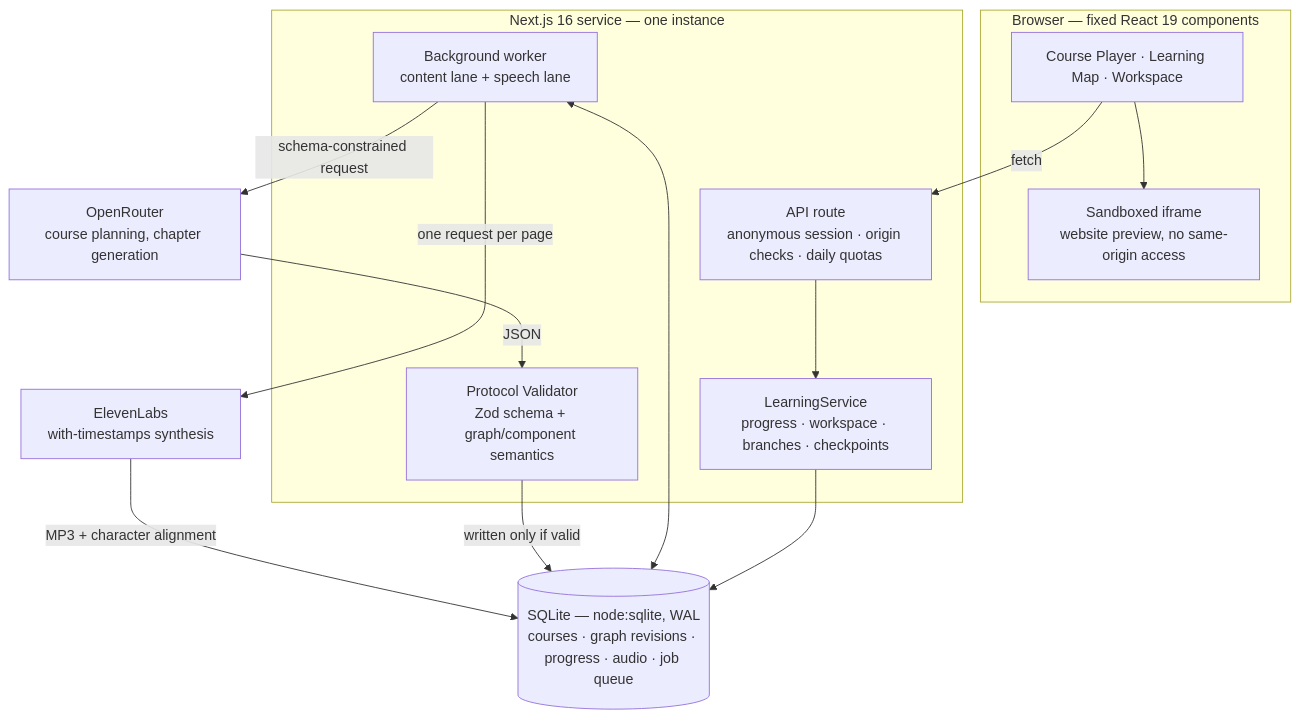
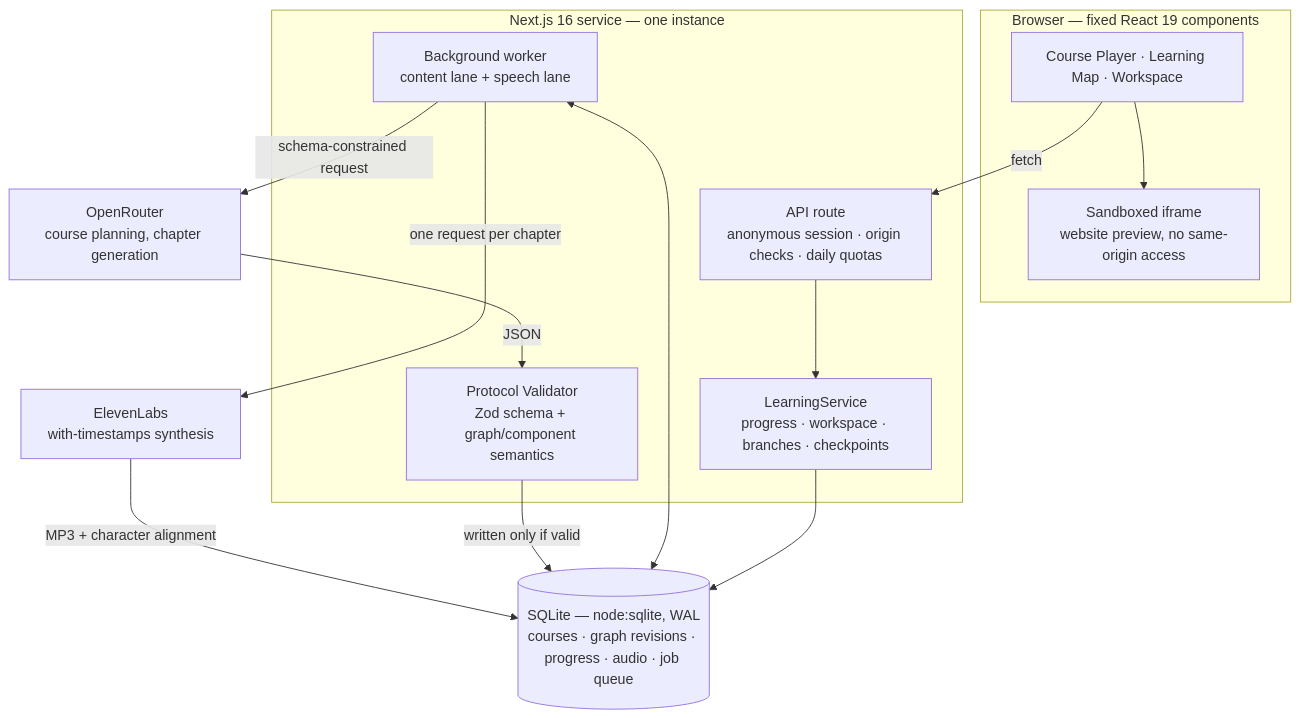
One commit to Jack-hehe/methelia changed the diagram in README.md. Above: the diagram before and after it, drawn with Mermaid. The commit also changed other lines of this file and 5 other files, not shown here.

````diff
--- a/README.md
+++ b/README.md
@@ -33,27 +34,27 @@
 ```mermaid
 flowchart TB
     subgraph browser["Browser — fixed React 19 components"]
         player["Course Player · Learning Map · Workspace"]
         sandbox["Sandboxed iframe<br/>website preview, no same-origin access"]
     end
 
     subgraph service["Next.js 16 service — one instance"]
         api["API route<br/>anonymous session · origin checks · daily quotas"]
         core["LearningService<br/>progress · workspace · branches · checkpoints"]
         validator["Protocol Validator<br/>Zod schema + graph/component semantics"]
         worker["Background worker<br/>content lane + speech lane"]
     end
 
     db[("SQLite — node:sqlite, WAL<br/>courses · graph revisions · progress · audio · job queue")]
     llm["OpenRouter<br/>course planning, chapter generation"]
     tts["ElevenLabs<br/>with-timestamps synthesis"]
 
     player -->|fetch| api --> core --> db
     player --> sandbox
     worker <--> db
     worker -->|schema-constrained request| llm
     llm -->|JSON| validator
     validator -->|written only if valid| db
-    worker -->|one request per page| tts
+    worker -->|one request per chapter| tts
     tts -->|MP3 + character alignment| db
 ```
````
